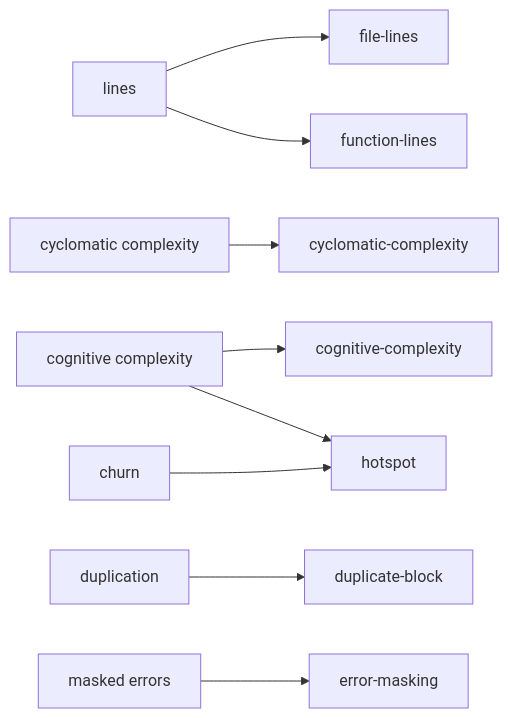
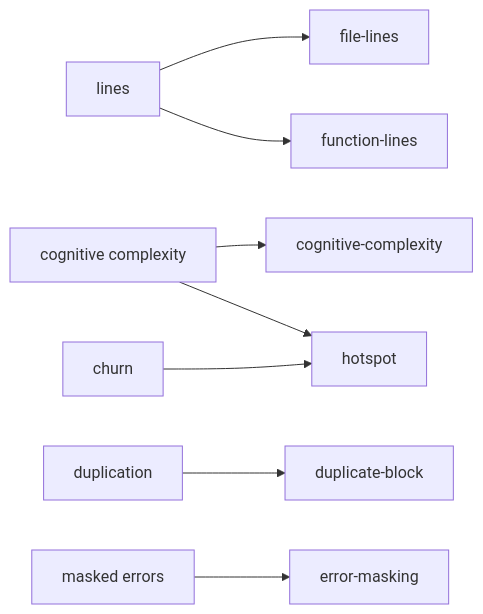
Before and after one commit to morais90/jabuti: the second of 3 diagrams in docs/concepts.md, drawn with Mermaid. The commit also changed 14 other files, not shown here.

First line of the commit message:
feat!: drop the cyclomatic-complexity rule and keep its measure

````diff
--- a/docs/concepts.md
+++ b/docs/concepts.md
@@ -64,11 +64,10 @@
 ```mermaid
 flowchart LR
     lines["lines"] --> fl["file-lines"]
     lines --> fnl["function-lines"]
-    cyc["cyclomatic complexity"] --> cc["cyclomatic-complexity"]
     cog["cognitive complexity"] --> cogr["cognitive-complexity"]
     cog --> hs["hotspot"]
     churn["churn"] --> hs
     dup["duplication"] --> db["duplicate-block"]
     mask["masked errors"] --> em["error-masking"]
 ```
````
